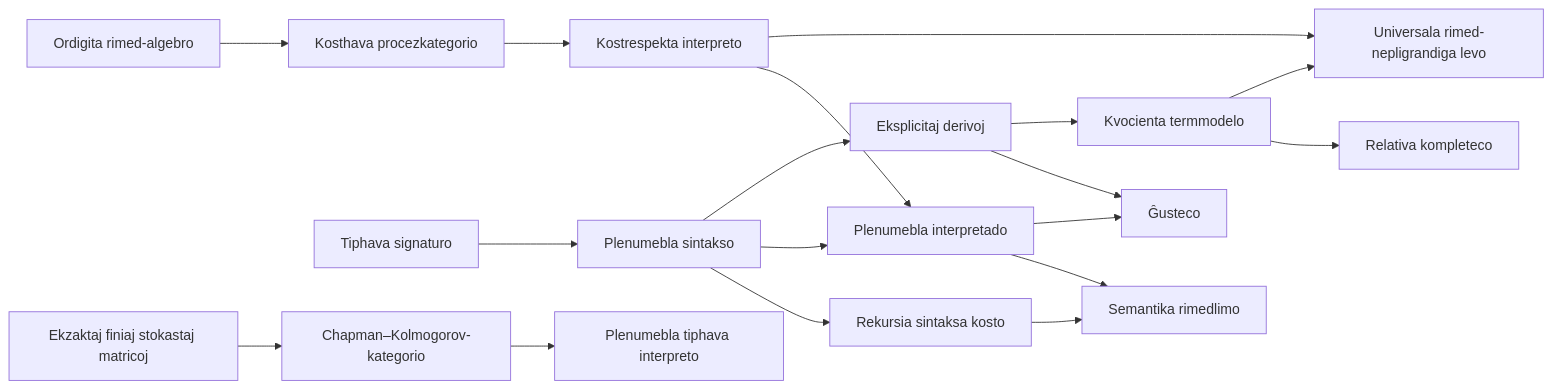
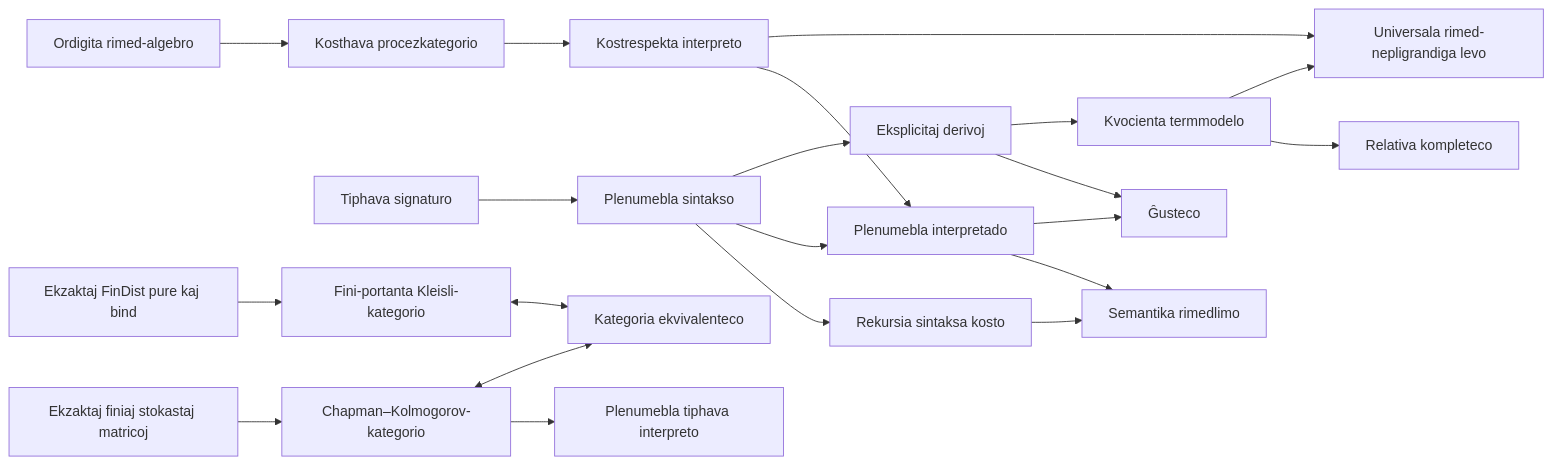
The diagram in docs/README.eo.md (miuchan/ript), drawn with Mermaid before and after one commit. The commit also changed other lines of this file and 13 other files, not shown here.

````diff
--- a/docs/README.eo.md
+++ b/docs/README.eo.md
@@ -233,20 +256,23 @@
 ```mermaid
 flowchart LR
   R["Ordigita rimed-algebro"] --> C["Kosthava procezkategorio"]
   S["Tiphava signaturo"] --> X["Plenumebla sintakso"]
   X --> K["Rekursia sintaksa kosto"]
   C --> I["Kostrespekta interpreto"]
   X --> E["Plenumebla interpretado"]
   I --> E
   K --> B["Semantika rimedlimo"]
   E --> B
   X --> D["Eksplicitaj derivoj"]
   D --> SO["Ĝusteco"]
   E --> SO
   D --> T["Kvocienta termmodelo"]
   T --> CO["Relativa kompleteco"]
   I --> U["Universala rimed-nepligrandiga levo"]
   T --> U
   F["Ekzaktaj finiaj stokastaj matricoj"] --> CK["Chapman–Kolmogorov-kategorio"]
   CK --> EX["Plenumebla tiphava interpreto"]
+  FD["Ekzaktaj FinDist pure kaj bind"] --> KL["Fini-portanta Kleisli-kategorio"]
+  CK <--> EQ["Kategoria ekvivalenteco"]
+  KL <--> EQ
 ```
````
